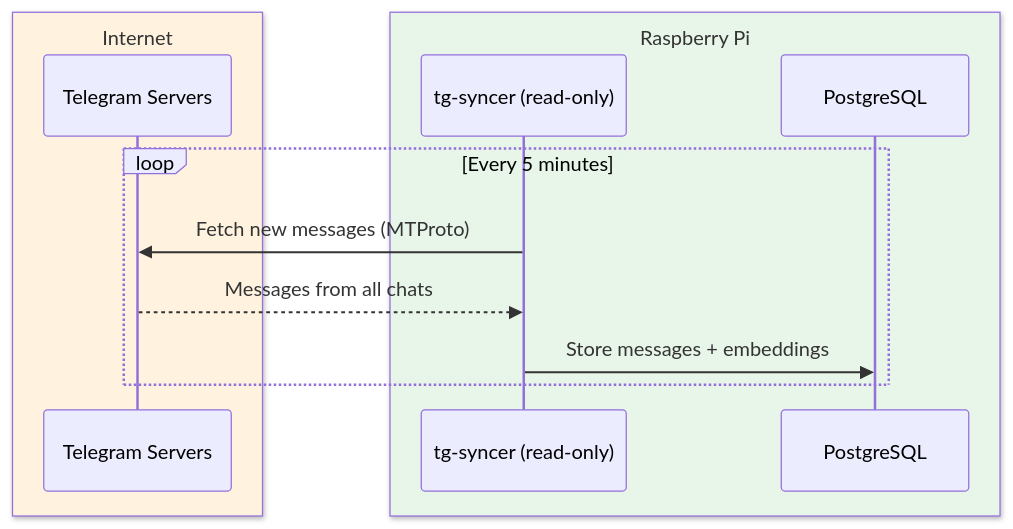
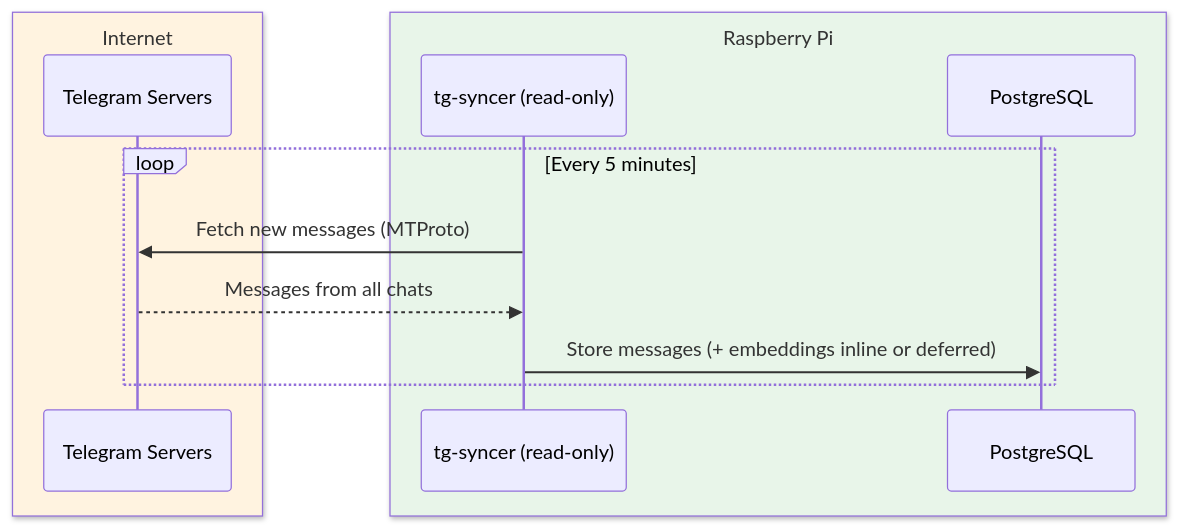
Before and after one commit to obheda12/telelocal: the first of 5 diagrams in README.md, drawn with Mermaid. The commit also changed other lines of this file and 26 other files, not shown here.

````diff
--- a/README.md
+++ b/README.md
@@ -42,16 +42,16 @@
 ```mermaid
 sequenceDiagram
     box rgb(255,243,224) Internet
         participant TG as Telegram Servers
     end
     box rgb(232,245,233) Raspberry Pi
         participant Syncer as tg-syncer (read-only)
         participant DB as PostgreSQL
     end
 
     loop Every 5 minutes
         Syncer->>TG: Fetch new messages (MTProto)
         TG-->>Syncer: Messages from all chats
-        Syncer->>DB: Store messages + embeddings
+        Syncer->>DB: Store messages (+ embeddings inline or deferred)
     end
 ```
````
